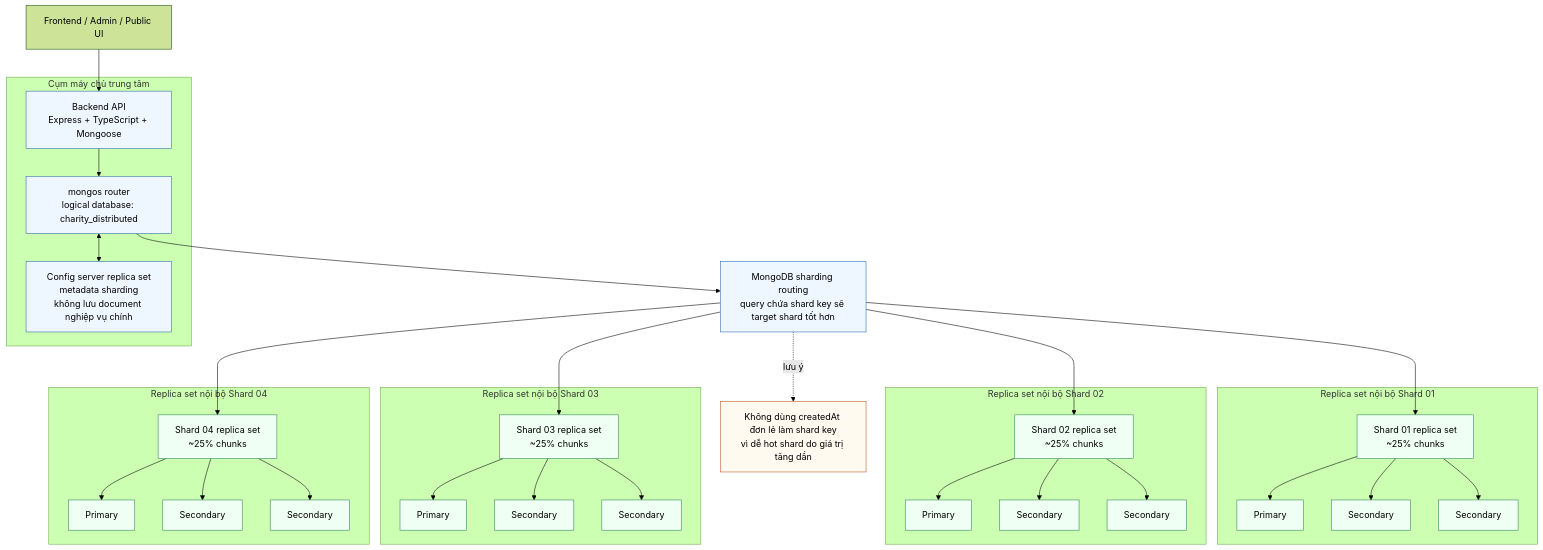
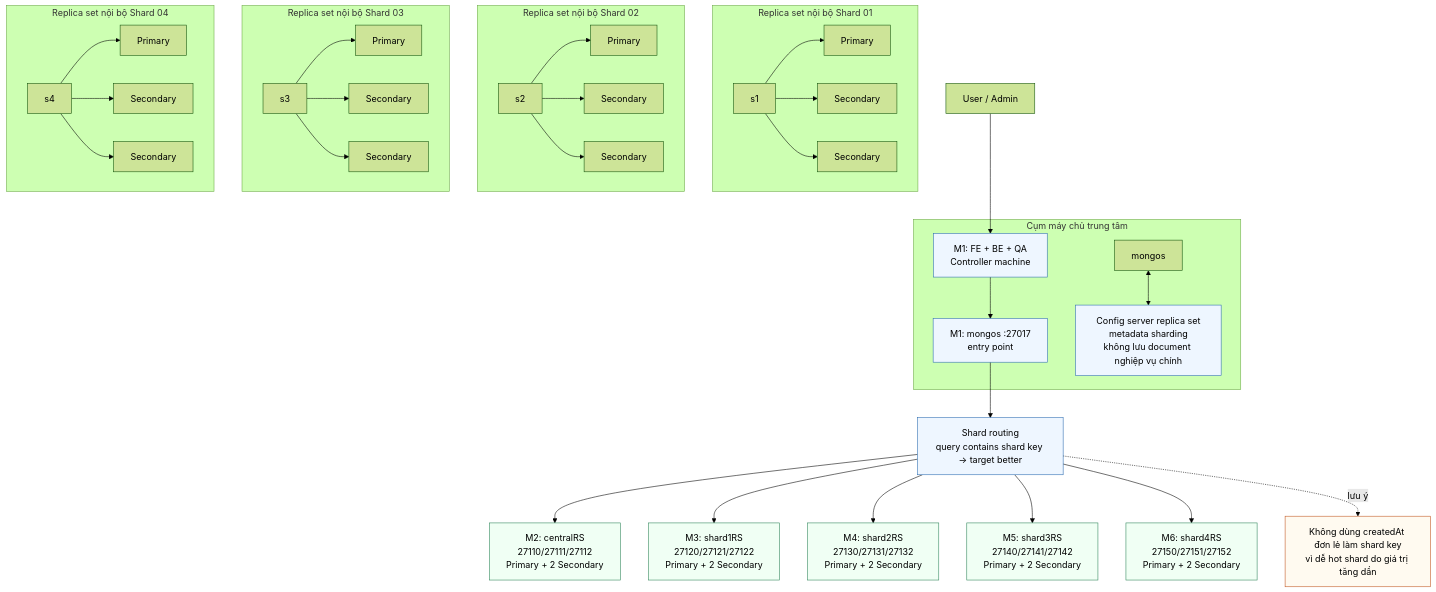
Before and after one commit to Sagitoaz/CSDLPT: the diagram in huong-dan/Thiết kế csdl/mermail/01-kien-truc-trung-tam-4-shard.mmd, drawn with Mermaid (forest theme). The commit also changed 2 other files, not shown here.

```diff
--- a/huong-dan/Thiết kế csdl/mermail/01-kien-truc-trung-tam-4-shard.mmd
+++ b/huong-dan/Thiết kế csdl/mermail/01-kien-truc-trung-tam-4-shard.mmd
@@ -1,48 +1,49 @@
 flowchart TB
-    client["Frontend / Admin / Public UI"] --> api["Backend API<br/>Express + TypeScript + Mongoose"]
+    user["User / Admin"] --> m1_app["M1: FE + BE + QA<br/>Controller machine"]
 
     subgraph central["Cụm máy chủ trung tâm"]
-        api --> mongos["mongos router<br/>logical database: charity_distributed"]
+        m1_app --> m1_mongos["M1: mongos :27017<br/>entry point"]
         mongos <--> cfg["Config server replica set<br/>metadata sharding<br/>không lưu document nghiệp vụ chính"]
     end
 
-    mongos --> route["MongoDB sharding routing<br/>query chứa shard key sẽ target shard tốt hơn"]
+    m1_mongos --> route["Shard routing<br/>query contains shard key -> target better"]
 
-    route --> s1["Shard 01 replica set<br/>~25% chunks"]
-    route --> s2["Shard 02 replica set<br/>~25% chunks"]
-    route --> s3["Shard 03 replica set<br/>~25% chunks"]
-    route --> s4["Shard 04 replica set<br/>~25% chunks"]
+    route --> m2["M2: centralRS<br/>27110/27111/27112<br/>Primary + 2 Secondary"]
+    route --> m3["M3: shard1RS<br/>27120/27121/27122<br/>Primary + 2 Secondary"]
+    route --> m4["M4: shard2RS<br/>27130/27131/27132<br/>Primary + 2 Secondary"]
+    route --> m5["M5: shard3RS<br/>27140/27141/27142<br/>Primary + 2 Secondary"]
+    route --> m6["M6: shard4RS<br/>27150/27151/27152<br/>Primary + 2 Secondary"]
 
     subgraph rs1["Replica set nội bộ Shard 01"]
         s1 --> s1p["Primary"]
         s1 --> s1r1["Secondary"]
         s1 --> s1r2["Secondary"]
     end
 
     subgraph rs2["Replica set nội bộ Shard 02"]
         s2 --> s2p["Primary"]
         s2 --> s2r1["Secondary"]
         s2 --> s2r2["Secondary"]
     end
 
     subgraph rs3["Replica set nội bộ Shard 03"]
         s3 --> s3p["Primary"]
         s3 --> s3r1["Secondary"]
         s3 --> s3r2["Secondary"]
     end
 
     subgraph rs4["Replica set nội bộ Shard 04"]
         s4 --> s4p["Primary"]
         s4 --> s4r1["Secondary"]
         s4 --> s4r2["Secondary"]
     end
 
     warn["Không dùng createdAt đơn lẻ làm shard key<br/>vì dễ hot shard do giá trị tăng dần"]
     route -. lưu ý .-> warn
 
     classDef central fill:#eef6ff,stroke:#2b6cb0,stroke-width:1px;
     classDef shard fill:#f0fff4,stroke:#2f855a,stroke-width:1px;
     classDef warn fill:#fffaf0,stroke:#c05621,stroke-width:1px;
-    class api,mongos,cfg,route central;
-    class s1,s2,s3,s4,s1p,s1r1,s1r2,s2p,s2r1,s2r2,s3p,s3r1,s3r2,s4p,s4r1,s4r2 shard;
+    class m1_app,m1_mongos,cfg,route central;
+    class m2,m3,m4,m5,m6 shard;
     class warn warn;
```
